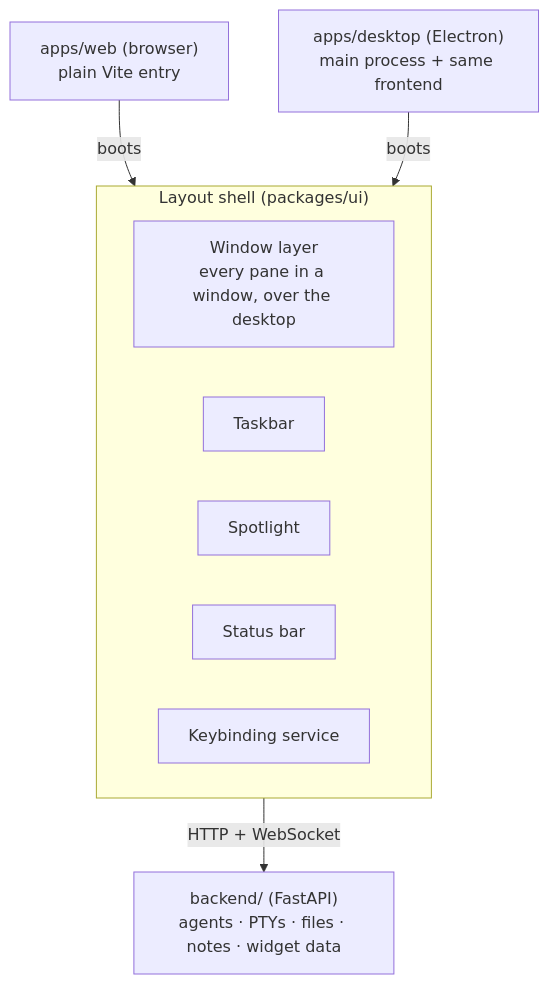
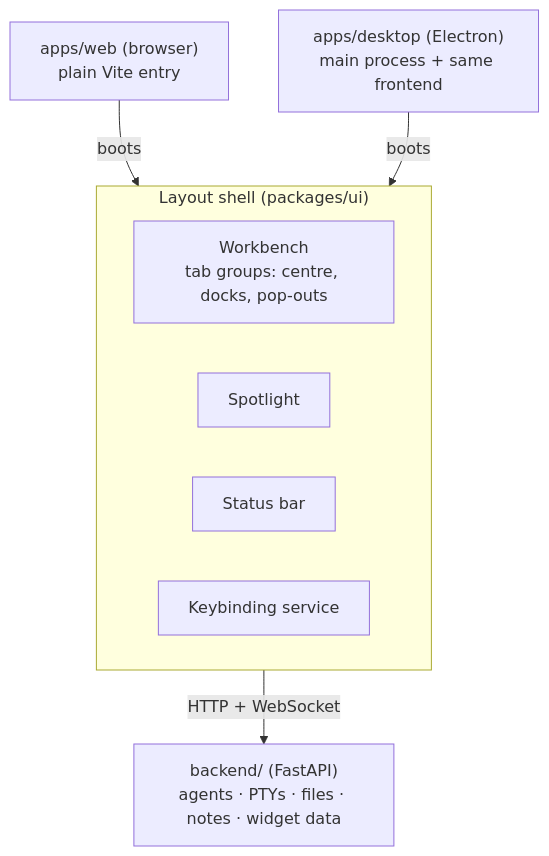
One commit to ConstCorrectness/horrible-dashboard changed the diagram in docs/architecture/layout-shell.mdx. Above: the diagram before and after it, drawn with Mermaid. The commit also changed other lines of this file and 37 other files, not shown here.

````diff
--- a/docs/architecture/layout-shell.mdx
+++ b/docs/architecture/layout-shell.mdx
@@ -13,14 +13,13 @@
 ```mermaid
 flowchart TB
     subgraph Shell["Layout shell (packages/ui)"]
         direction LR
-        WL["Window layer<br/>every pane in a window, over the desktop"]
-        TB["Taskbar"]
+        WB["Workbench<br/>tab groups: centre, docks, pop-outs"]
         CP["Spotlight"]
         SB["Status bar"]
         KB["Keybinding service"]
     end
     Web["apps/web (browser)<br/>plain Vite entry"] -->|boots| Shell
     Desk["apps/desktop (Electron)<br/>main process + same frontend"] -->|boots| Shell
     Shell -->|"HTTP + WebSocket"| BE["backend/ (FastAPI)<br/>agents · PTYs · files · notes · widget data"]
 ```
````
